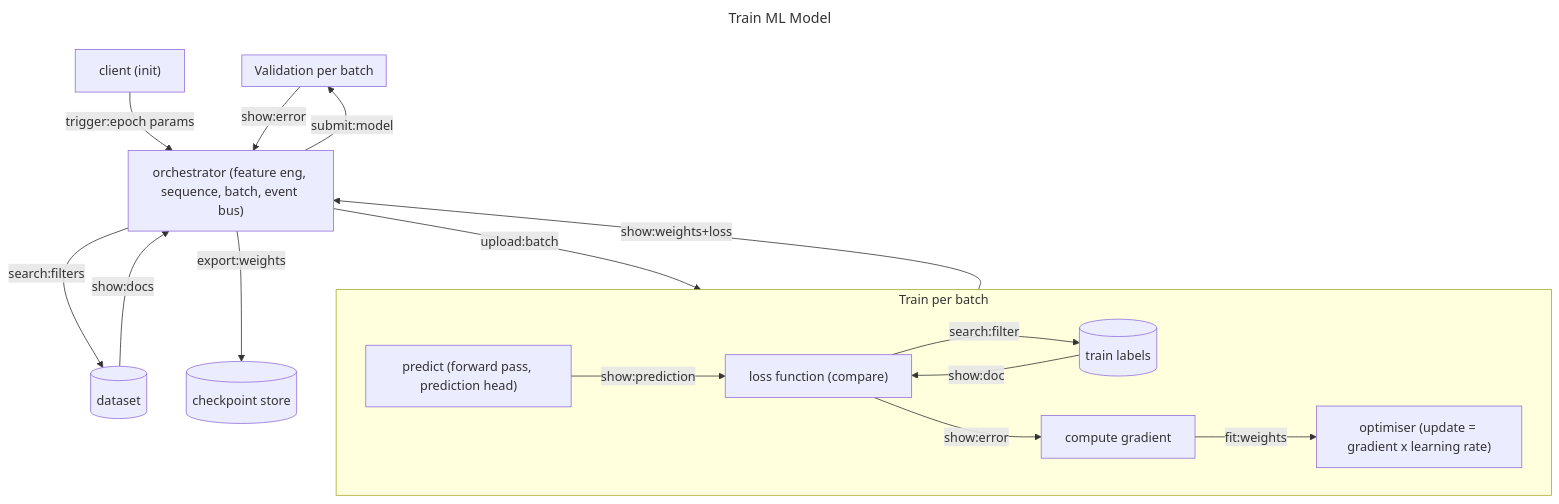
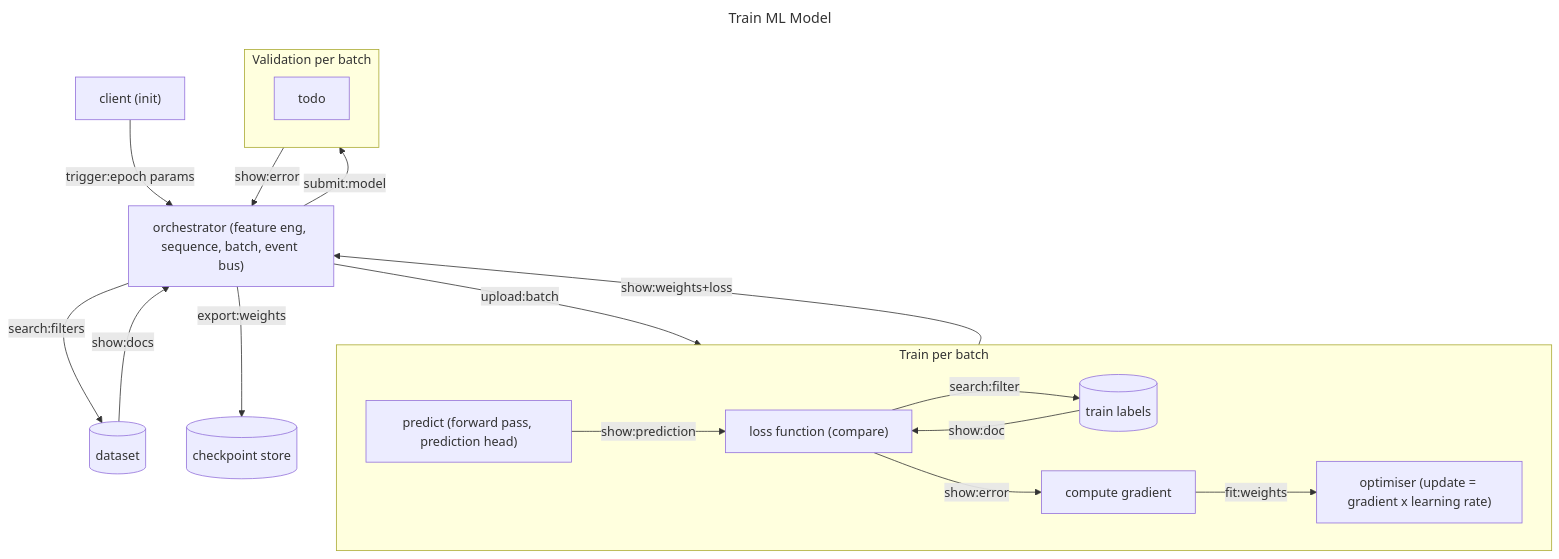
One commit to ptbdnr/ptbdnr changed the fifth of 7 diagrams in ml_sys_design.md. Above: the diagram before and after it, drawn with Mermaid. The commit also changed other lines of this file, not shown here.

````diff
--- a/ml_sys_design.md
+++ b/ml_sys_design.md
@@ -283,24 +283,25 @@
 ```mermaid
 ---
 title: Train ML Model
 ---
 flowchart TD
     orch["orchestrator (feature eng, sequence, batch, event bus)"]
 
     client["client (init)"] --trigger:epoch params--> orch 
     orch --search:filters--> db[("dataset")] --show:docs--> orch 
     orch --upload:batch--> batch_train --show:weights+loss--> orch
     orch --submit:model--> valid --show:error--> orch
     orch --export:weights--> mdb[("checkpoint store")]
 
     subgraph batch_train["Train per batch"]
         loss["loss function (compare)"]
         
         predict["predict (forward pass, prediction head)"] --show:prediction--> loss
         loss --search:filter--> tdb[("train labels")] --show:doc--> loss
         loss --show:error--> backprop["compute gradient"] --fit:weights--> opt["optimiser (update = gradient x learning rate)"]
     end 
 
     subgraph valid["Validation per batch"]
+        todo
     end
 ```
````
